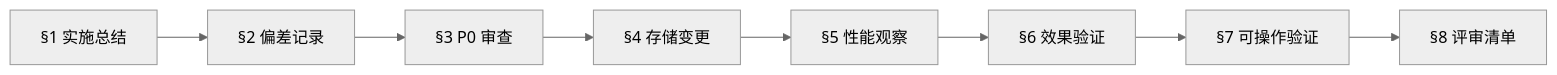
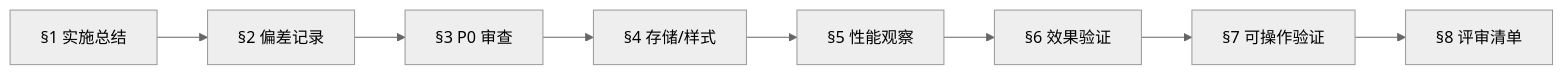
Before and after one commit to effiy/YrY: the eighth of 14 diagrams in skills/rui/formulas.md, drawn with Mermaid (neutral theme). The commit also changed other lines of this file and 90 other files, not shown here.

````diff
--- a/skills/rui/formulas.md
+++ b/skills/rui/formulas.md
@@ -487,10 +439,10 @@
 ```mermaid
 flowchart LR
     S1["§1 实施总结"] --> S2["§2 偏差记录"]
     S2 --> S3["§3 P0 审查"]
-    S3 --> S4["§4 存储变更"]
+    S3 --> S4["§4 存储/样式"]
     S4 --> S5["§5 性能观察"]
     S5 --> S6["§6 效果验证"]
     S6 --> S7["§7 可操作验证"]
     S7 --> S8["§8 评审清单"]
 ```
````
